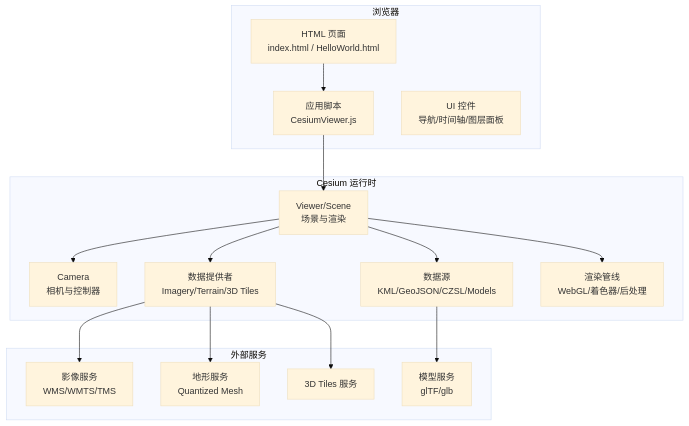
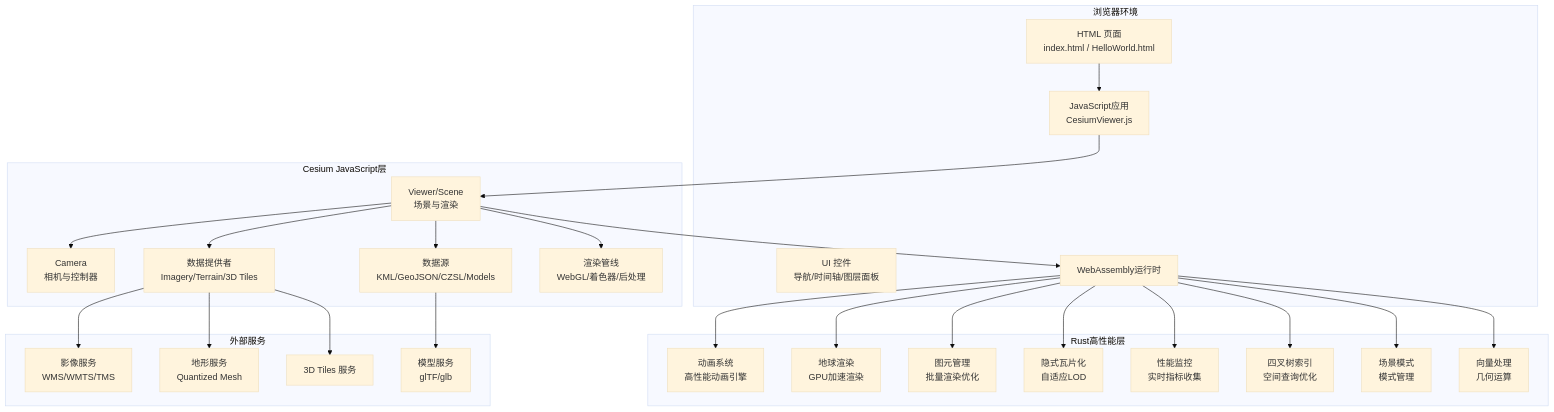
Before and after one commit to rzhangjing/cesium: the second of 5 diagrams in .qoder/repowiki/zh/content/项目概述/核心特性/核心特性.md, drawn with Mermaid (base theme). The commit also changed other lines of this file and 60 other files, not shown here.

````diff
--- a/.qoder/repowiki/zh/content/项目概述/核心特性/核心特性.md
+++ b/.qoder/repowiki/zh/content/项目概述/核心特性/核心特性.md
@@ -106,31 +251,51 @@
 ```mermaid
 graph TB
-subgraph "浏览器"
+subgraph "浏览器环境"
 HTML["HTML 页面<br/>index.html / HelloWorld.html"]
-JS["应用脚本<br/>CesiumViewer.js"]
+JS["JavaScript应用<br/>CesiumViewer.js"]
 UI["UI 控件<br/>导航/时间轴/图层面板"]
+WASM["WebAssembly运行时"]
 end
-subgraph "Cesium 运行时"
+subgraph "Cesium JavaScript层"
 VIEWER["Viewer/Scene<br/>场景与渲染"]
 CAMERA["Camera<br/>相机与控制器"]
 PROVIDERS["数据提供者<br/>Imagery/Terrain/3D Tiles"]
 DATASOURCES["数据源<br/>KML/GeoJSON/CZSL/Models"]
 RENDER["渲染管线<br/>WebGL/着色器/后处理"]
+end
+subgraph "Rust高性能层"
+ANIMATION["动画系统<br/>高性能动画引擎"]
+GLOBE["地球渲染<br/>GPU加速渲染"]
+PRIMITIVES["图元管理<br/>批量渲染优化"]
+TILING["隐式瓦片化<br/>自适应LOD"]
+PERFORMANCE["性能监控<br/>实时指标收集"]
+QUADTREE["四叉树索引<br/>空间查询优化"]
+SCENEMODE["场景模式<br/>模式管理"]
+VECTOR["向量处理<br/>几何运算"]
 end
 subgraph "外部服务"
 IMAGERY["影像服务<br/>WMS/WMTS/TMS"]
 TERRAIN["地形服务<br/>Quantized Mesh"]
 TILES["3D Tiles 服务"]
 MODELS["模型服务<br/>glTF/glb"]
 end
 HTML --> JS
 JS --> VIEWER
 VIEWER --> CAMERA
 VIEWER --> PROVIDERS
 VIEWER --> DATASOURCES
+VIEWER --> WASM
+WASM --> ANIMATION
+WASM --> GLOBE
+WASM --> PRIMITIVES
+WASM --> TILING
+WASM --> PERFORMANCE
+WASM --> QUADTREE
+WASM --> SCENEMODE
+WASM --> VECTOR
 PROVIDERS --> IMAGERY
 PROVIDERS --> TERRAIN
 PROVIDERS --> TILES
 DATASOURCES --> MODELS
 VIEWER --> RENDER
 ```
````
